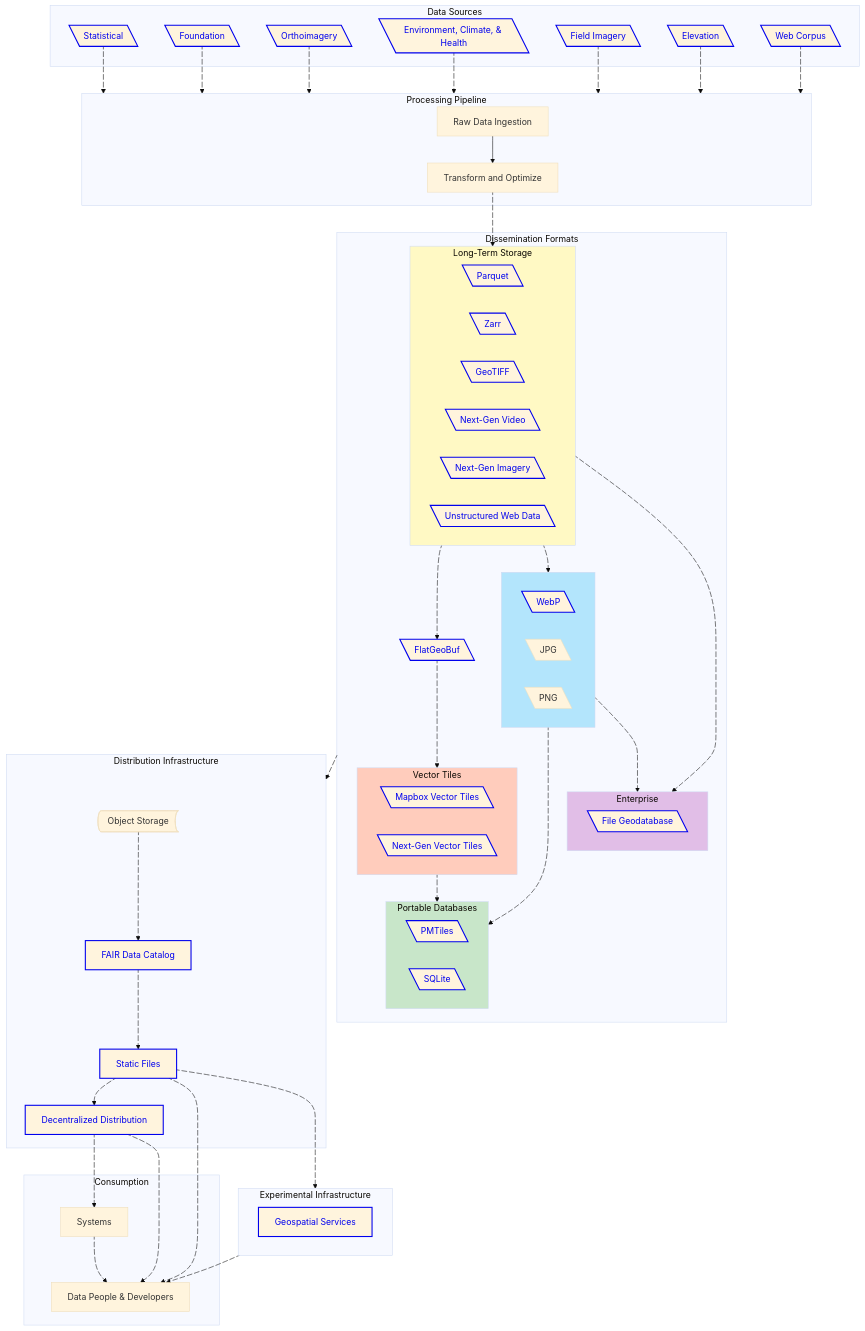
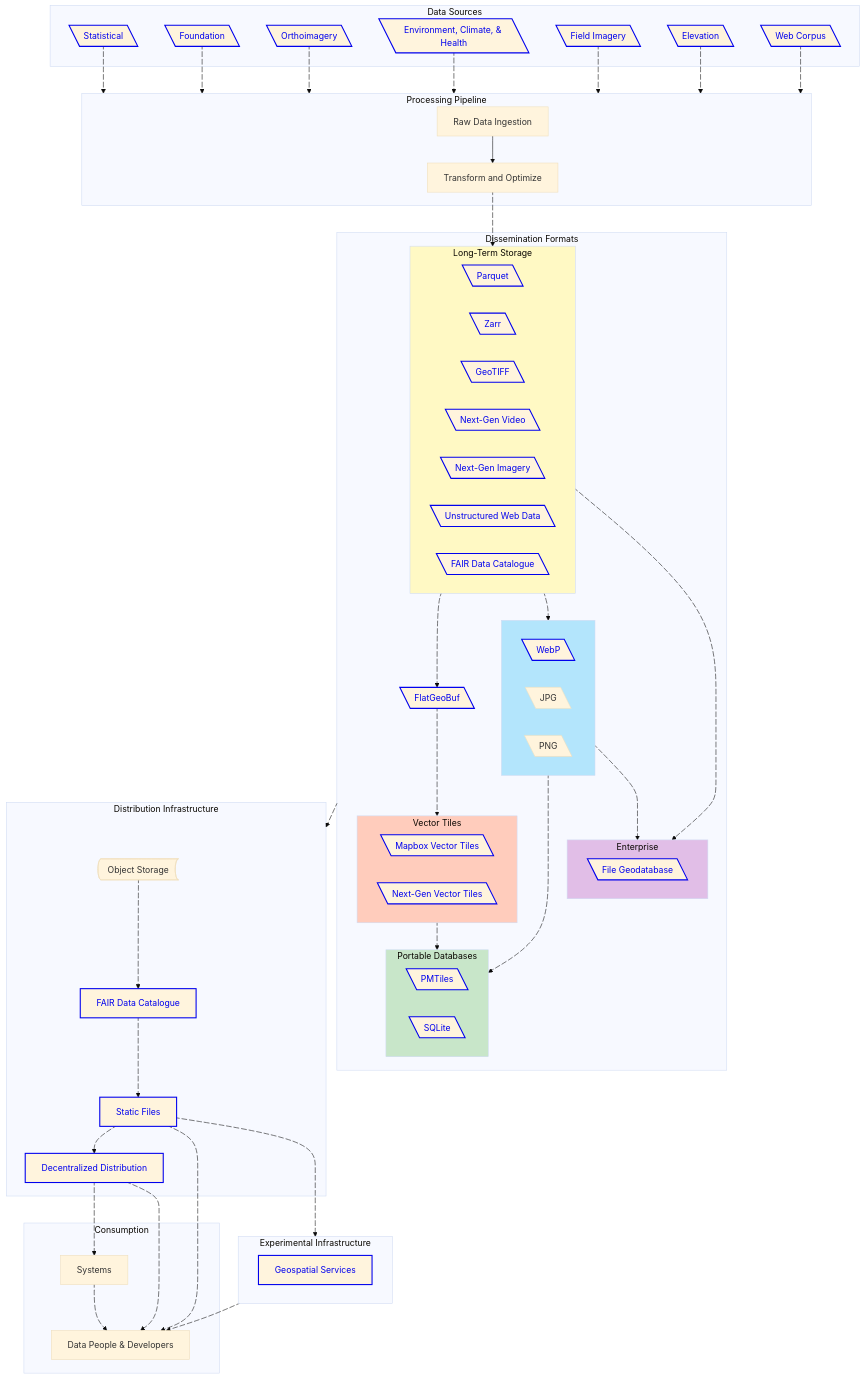
Before and after one commit to dataforcanada/www.dataforcanada.org: the diagram in content/_index.md, drawn with Mermaid (base theme).

Commit message:
Simplify even further

```diff
--- a/content/_index.md
+++ b/content/_index.md
@@ -104,6 +103,7 @@
             AV1@{ shape: lean-l, label: "Next-Gen Video"}
             JPEGXL@{ shape: lean-l, label: "Next-Gen Imagery"}
             WARC@{ shape: lean-l, label: "Unstructured Web Data"}
+            FAIRDataDis@{ shape: lean-l, label: "FAIR Data Catalogue"}
         end
 
         %% Intermediate format (Standalone)
@@ -139,7 +139,7 @@
     %% ---------------------------------------------------------
     subgraph di [Distribution Infrastructure]
         ObjectStorage@{ shape: bow-rect, label: "Object Storage"}
-        Metadata@{ shape: rect, label: "FAIR Data Catalog"}
+        Metadata@{ shape: rect, label: "FAIR Data Catalogue"}
         HTTP@{ shape: rect, label: "Static Files"}
         DecentralizedDistribution@{ shape: rect, label: "Decentralized Distribution"}
     end
@@ -241,8 +241,6 @@
     %% =========================================================
     %% STYLING
     %% =========================================================
-    
-    %% Color Palette (Option 1: Functional)
     style sot fill:#FFF9C4
     style ent fill:#E1BEE7
     style vt fill:#FFCCBC
@@ -251,7 +249,7 @@
     
     %% Link Node Styling
     class Foundation,Statistical,Orthoimagery,FieldImagery,EnvironmentClimate,Elevation,WebCorpus linkNode
-    class Parquet,FlatGeoBuf,SQLite,FileGeodatabase,VectorTiles,NextGenVectorTiles,GeoTIFF,Zarr,WebP,PMTiles,JPEGXL,AV1,WARC linkNode
+    class FAIRDataDis,Parquet,FlatGeoBuf,SQLite,FileGeodatabase,VectorTiles,NextGenVectorTiles,GeoTIFF,Zarr,WebP,PMTiles,JPEGXL,AV1,WARC linkNode
     class DecentralizedDistribution,HTTP,Metadata,GeoSpatialServices linkNode
 
     %% =========================================================
@@ -278,6 +276,8 @@
     click JPEGXL "https://jpeg.org/jpegxl/" _blank
     click AV1 "https://aomedia.org/specifications/av1/" _blank
     click WARC "https://github.com/iipc/warc-specifications/" _blank
+    click FAIRDataDis "https://stac-utils.github.io/stac-geoparquet/latest/spec/stac-geoparquet-spec/" _blank
+
     click HTTP "https://www.dataforcanada.org/docs/getting_started/" _blank
     click DecentralizedDistribution "https://www.dataforcanada.org/docs/dissemination/" _blank
     click Metadata "https://stac-utils.github.io/stac-geoparquet/latest/spec/stac-geoparquet-spec/" _blank
```
